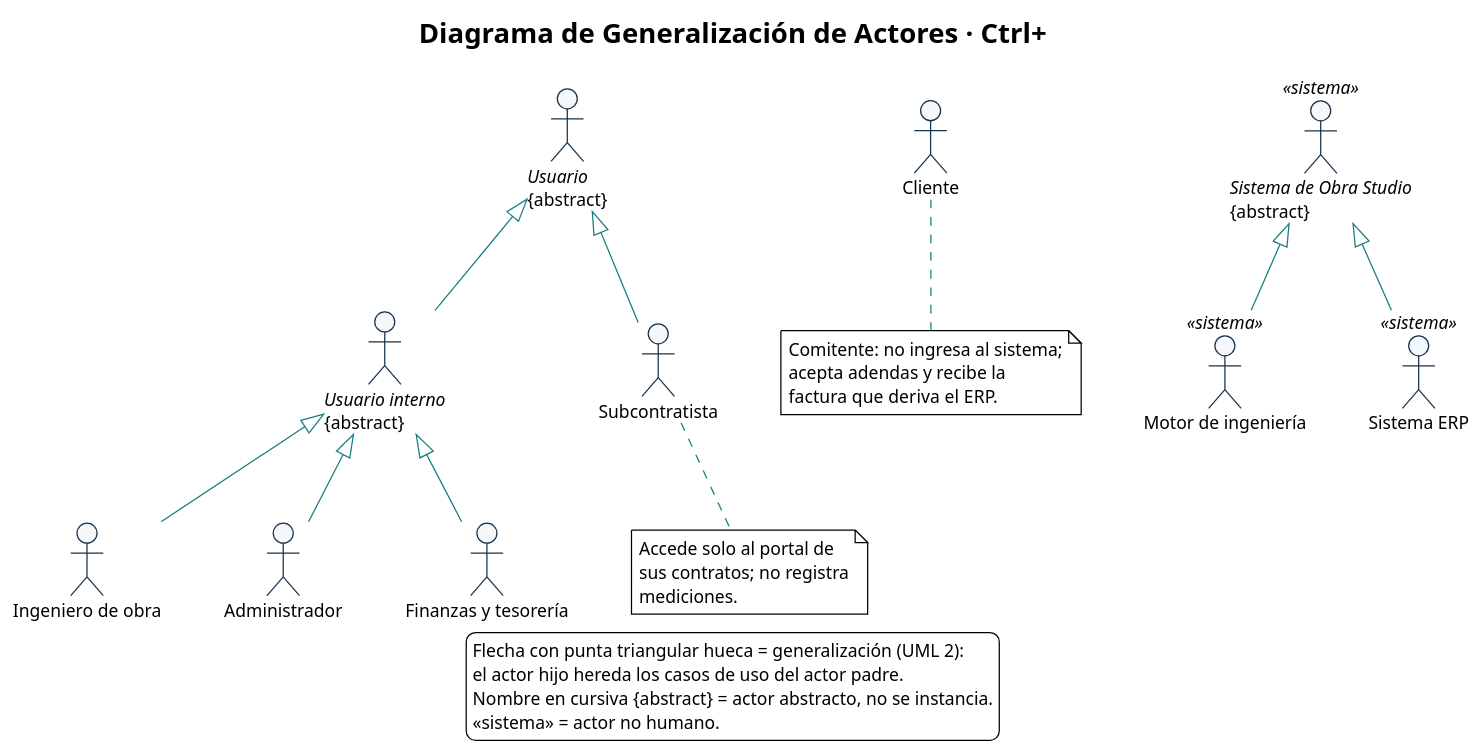
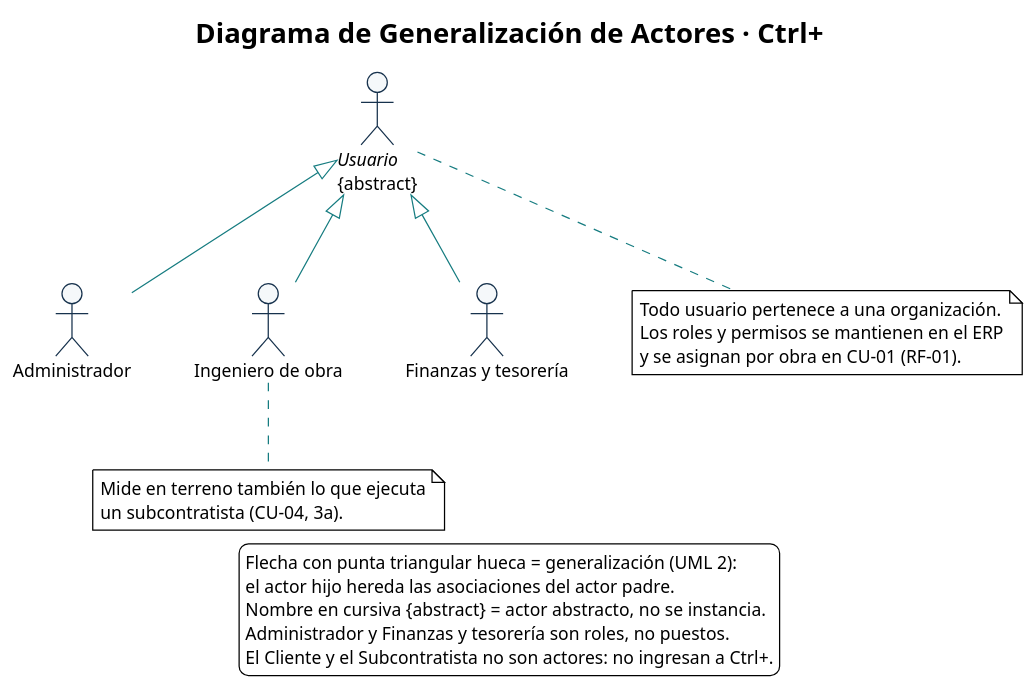
One commit to Ssrrb/tpf-uca changed the diagram in diagramas/CU-00-generalizacion-actores.puml. Above: the diagram before and after it, drawn with PlantUML. The commit also changed 61 other files, not shown here.

First line of the commit message:
Regenera los diagramas para la v8 del Modelo de Análisis

```diff
--- a/diagramas/CU-00-generalizacion-actores.puml
+++ b/diagramas/CU-00-generalizacion-actores.puml
@@ -1,55 +1,55 @@
 @startuml
 !theme plain
 skinparam style strictuml
 title Diagrama de Generalización de Actores · Ctrl+
 skinparam shadowing false
 skinparam defaultFontName Arial
 skinparam defaultFontSize 14
-skinparam nodesep 50
-skinparam ranksep 70
 skinparam ArrowColor #167C80
 skinparam actor {
   BackgroundColor #F5F8FA
   BorderColor #17324D
 }
+skinparam usecase {
+  BackgroundColor #F5F8FA
+  BorderColor #17324D
+}
+skinparam rectangle {
+  BackgroundColor #FFFFFF
+  BorderColor #17324D
+}
+skinparam package {
+  BackgroundColor #EAF2F6
+  BorderColor #17324D
+}
+skinparam nodesep 50
+skinparam ranksep 70
 
 actor "<i>Usuario</i>\n{abstract}" as USR
-actor "<i>Usuario interno</i>\n{abstract}" as UI
+actor "Administrador" as ADM
 actor "Ingeniero de obra" as ING
-actor "Administrador" as ADM
 actor "Finanzas y tesorería" as FIN
-actor "Subcontratista" as SUB
-actor "Cliente" as CLI
 
-actor "<i>Sistema de Obra Studio</i>\n{abstract}" as SOS <<sistema>>
-actor "Motor de ingeniería" as MOT <<sistema>>
-actor "Sistema ERP" as ERP <<sistema>>
+USR <|-- ADM
+USR <|-- ING
+USR <|-- FIN
 
-USR <|-- UI
-USR <|-- SUB
-UI <|-- ING
-UI <|-- ADM
-UI <|-- FIN
-
-SOS <|-- MOT
-SOS <|-- ERP
-
-note bottom of SUB
-  Accede solo al portal de
-  sus contratos; no registra
-  mediciones.
+note bottom of USR
+  Todo usuario pertenece a una organización.
+  Los roles y permisos se mantienen en el ERP
+  y se asignan por obra en CU-01 (RF-01).
 end note
 
-note bottom of CLI
-  Comitente: no ingresa al sistema;
-  acepta adendas y recibe la
-  factura que deriva el ERP.
+note bottom of ING
+  Mide en terreno también lo que ejecuta
+  un subcontratista (CU-04, 3a).
 end note
 
 legend bottom
   Flecha con punta triangular hueca = generalización (UML 2):
-  el actor hijo hereda los casos de uso del actor padre.
+  el actor hijo hereda las asociaciones del actor padre.
   Nombre en cursiva {abstract} = actor abstracto, no se instancia.
-  «sistema» = actor no humano.
+  Administrador y Finanzas y tesorería son roles, no puestos.
+  El Cliente y el Subcontratista no son actores: no ingresan a Ctrl+.
 endlegend
 @enduml
```
